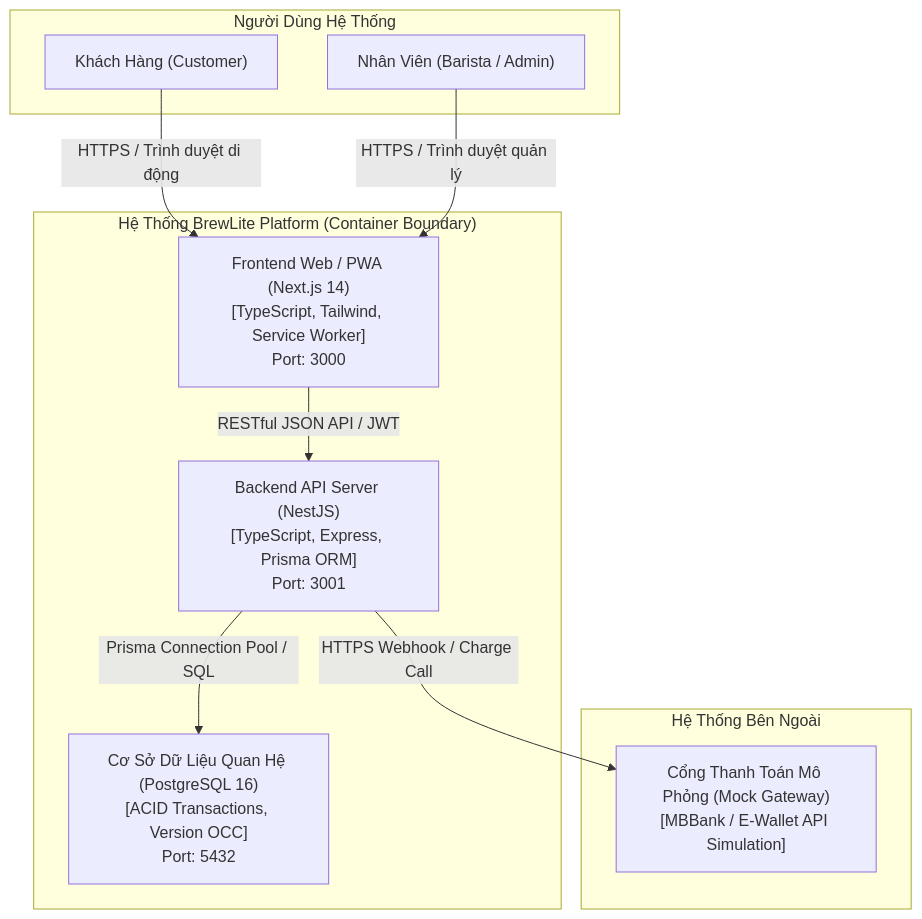
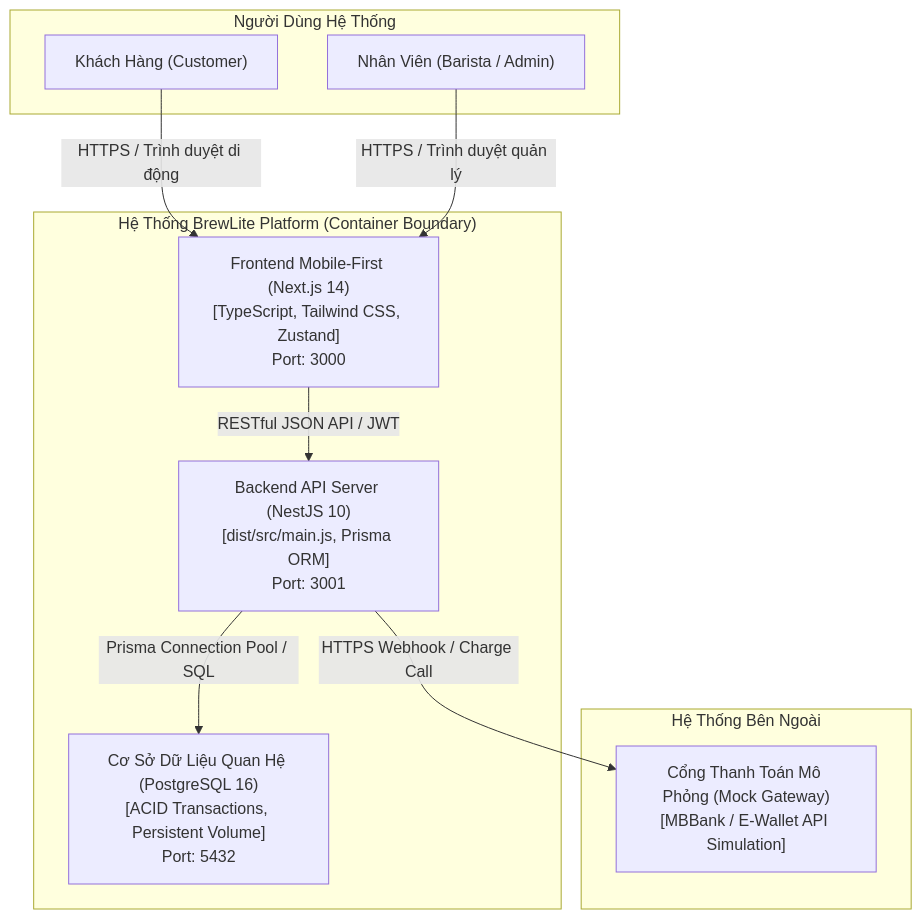
Before and after one commit to hanhdevsgu/BrewLite-Assignment2: the diagram in docs/architecture/architecture.md, drawn with Mermaid. The commit also changed other lines of this file and 268 other files, not shown here.

Commit message:
chore(repo,ci-cd): align apps/web & apps/api structure, remove stray drawio, fix CD ghcr permissions & smoke test

````diff
--- a/docs/architecture/architecture.md
+++ b/docs/architecture/architecture.md
@@ -11,23 +11,23 @@
 ```mermaid
 graph TD
     subgraph Users["Người Dùng Hệ Thống"]
         Customer["Khách Hàng (Customer)"]
         Staff["Nhân Viên (Barista / Admin)"]
     end
 
     subgraph BrewLite["Hệ Thống BrewLite Platform (Container Boundary)"]
-        WebPWA["Frontend Web / PWA (Next.js 14)<br/>[TypeScript, Tailwind, Service Worker]<br/>Port: 3000"]
-        ApiBackend["Backend API Server (NestJS)<br/>[TypeScript, Express, Prisma ORM]<br/>Port: 3001"]
-        Database["Cơ Sở Dữ Liệu Quan Hệ (PostgreSQL 16)<br/>[ACID Transactions, Version OCC]<br/>Port: 5432"]
+        WebPWA["Frontend Mobile-First (Next.js 14)<br/>[TypeScript, Tailwind CSS, Zustand]<br/>Port: 3000"]
+        ApiBackend["Backend API Server (NestJS 10)<br/>[dist/src/main.js, Prisma ORM]<br/>Port: 3001"]
+        Database["Cơ Sở Dữ Liệu Quan Hệ (PostgreSQL 16)<br/>[ACID Transactions, Persistent Volume]<br/>Port: 5432"]
     end
 
     subgraph External["Hệ Thống Bên Ngoài"]
         PaymentMock["Cổng Thanh Toán Mô Phỏng (Mock Gateway)<br/>[MBBank / E-Wallet API Simulation]"]
     end
 
     Customer -->|HTTPS / Trình duyệt di động| WebPWA
     Staff -->|HTTPS / Trình duyệt quản lý| WebPWA
     WebPWA -->|RESTful JSON API / JWT| ApiBackend
     ApiBackend -->|Prisma Connection Pool / SQL| Database
     ApiBackend -->|HTTPS Webhook / Charge Call| PaymentMock
 ```
````
